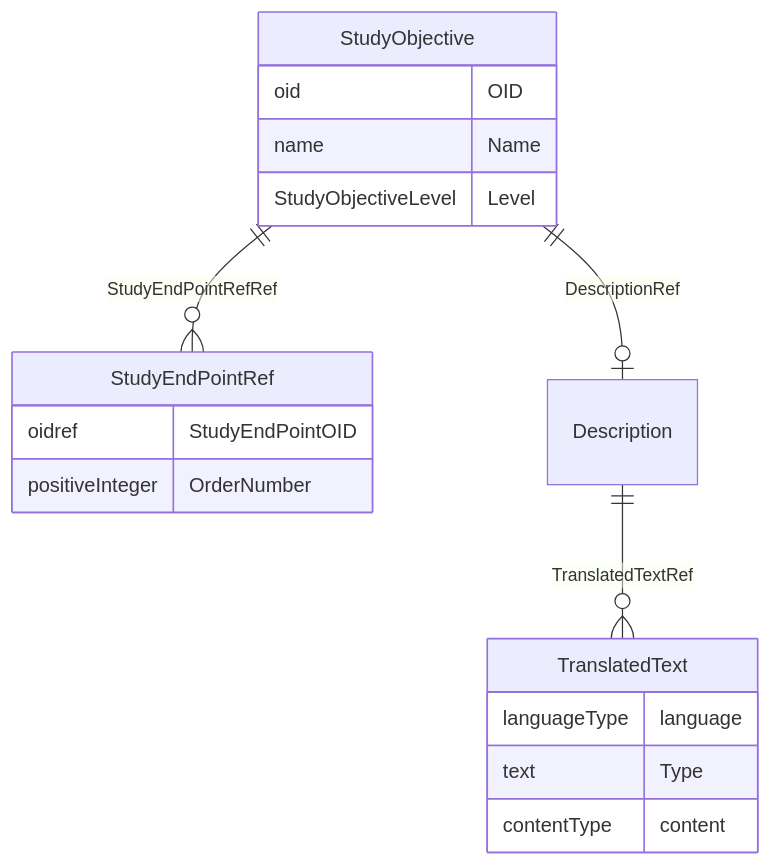
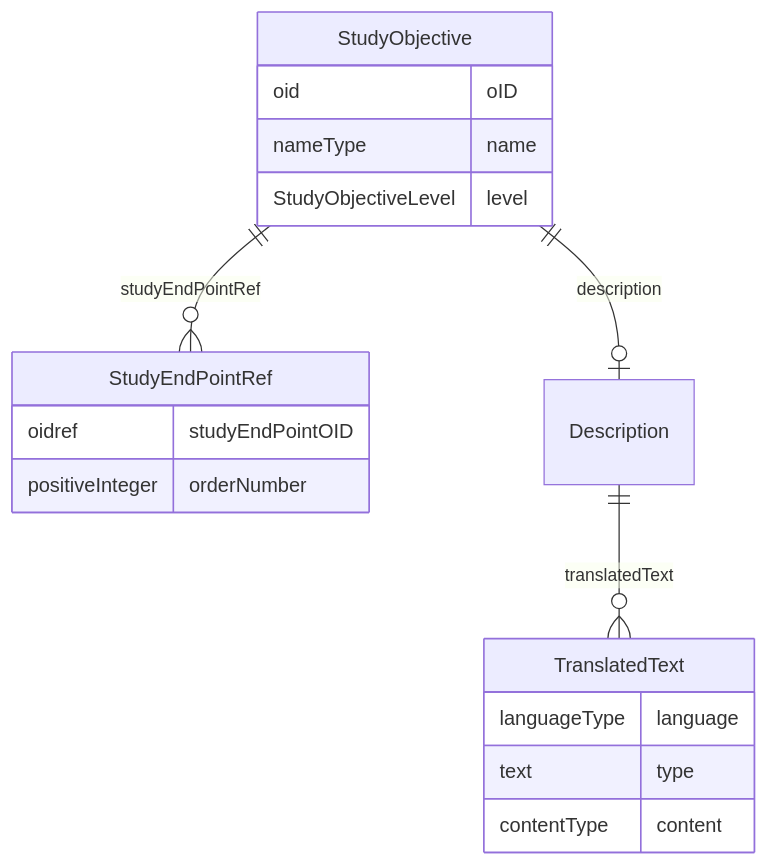
One commit to cdisc-org/DataExchange-ODM-LinkML changed the diagram in docs/StudyObjective.md. Above: the diagram before and after it, drawn with Mermaid. The commit also changed other lines of this file and 759 other files, not shown here.

````diff
--- a/docs/StudyObjective.md
+++ b/docs/StudyObjective.md
@@ -11,25 +11,25 @@
 ```mermaid
 erDiagram
 StudyObjective {
-    oid OID  
-    name Name  
-    StudyObjectiveLevel Level  
+    oid oID  
+    nameType name  
+    StudyObjectiveLevel level  
 }
 StudyEndPointRef {
-    oidref StudyEndPointOID  
-    positiveInteger OrderNumber  
+    oidref studyEndPointOID  
+    positiveInteger orderNumber  
 }
 Description {
 
 }
 TranslatedText {
     languageType language  
-    text Type  
+    text type  
     contentType content  
 }
 
-StudyObjective ||--|o Description : "DescriptionRef"
-StudyObjective ||--}o StudyEndPointRef : "StudyEndPointRefRef"
-Description ||--}o TranslatedText : "TranslatedTextRef"
+StudyObjective ||--|o Description : "description"
+StudyObjective ||--}o StudyEndPointRef : "studyEndPointRef"
+Description ||--}o TranslatedText : "translatedText"
 
 ```
````
